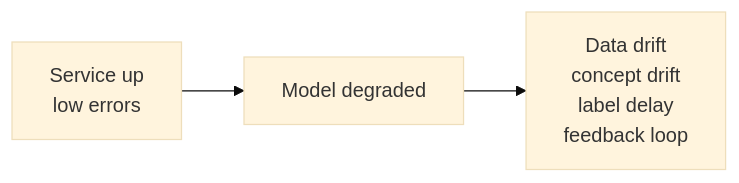
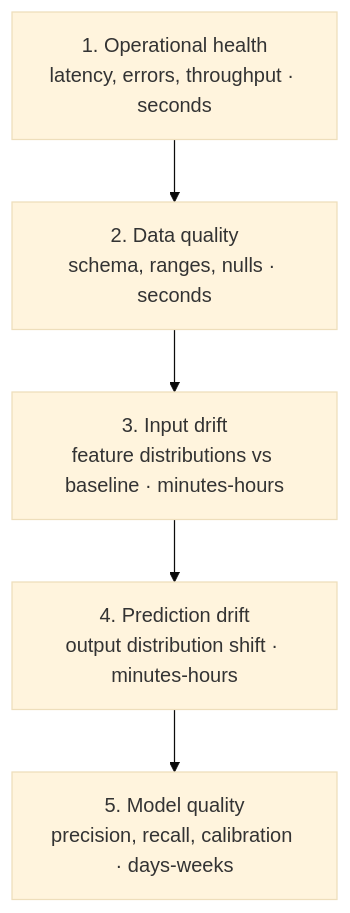
The first of 2 diagrams in 16-ml-systems/04-model-monitoring.md (binarydevelop/system-design-patterns), drawn with Mermaid (base theme) before and after one commit. The commit also changed other lines of this file and 5 other files, not shown here.

````diff
--- a/16-ml-systems/04-model-monitoring.md
+++ b/16-ml-systems/04-model-monitoring.md
@@ -13,5 +37,9 @@
 ```mermaid
-flowchart LR
-    UP["Service up<br/>low errors"] --> BAD["Model degraded"]
-    BAD --> CAUSES["Data drift<br/>concept drift<br/>label delay<br/>feedback loop"]
+flowchart TD
+    L1["1. Operational health<br/>latency, errors, throughput · seconds"]
+    L2["2. Data quality<br/>schema, ranges, nulls · seconds"]
+    L3["3. Input drift<br/>feature distributions vs baseline · minutes-hours"]
+    L4["4. Prediction drift<br/>output distribution shift · minutes-hours"]
+    L5["5. Model quality<br/>precision, recall, calibration · days-weeks"]
+    L1 --> L2 --> L3 --> L4 --> L5
 ```
````
